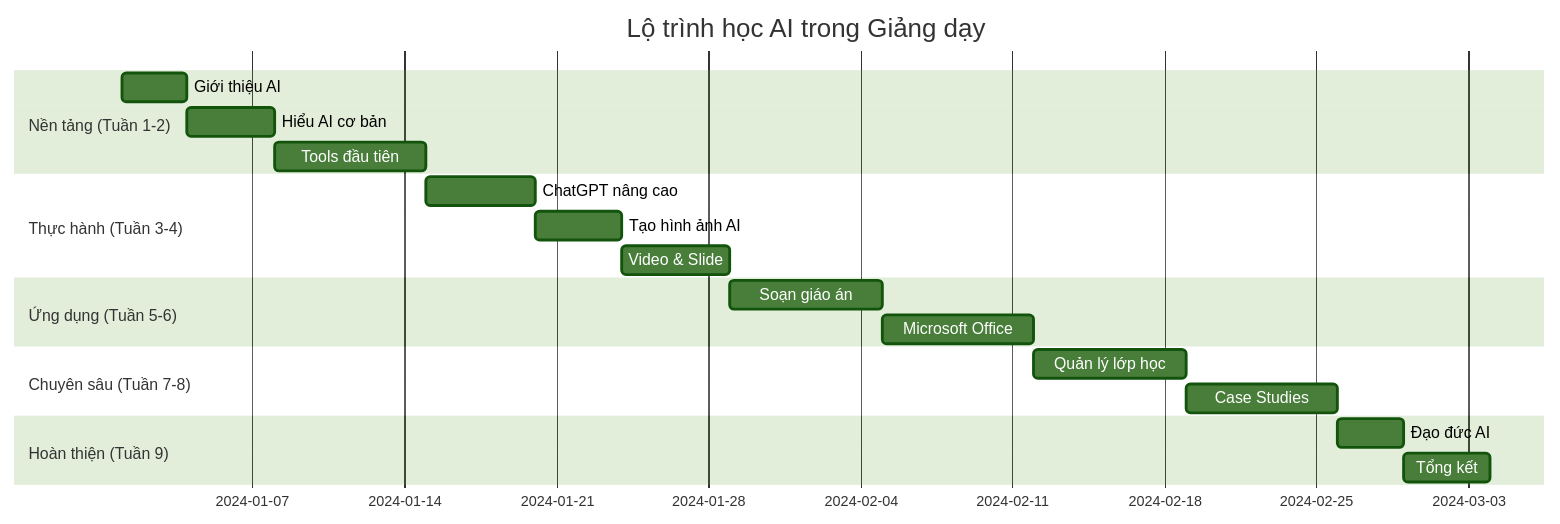
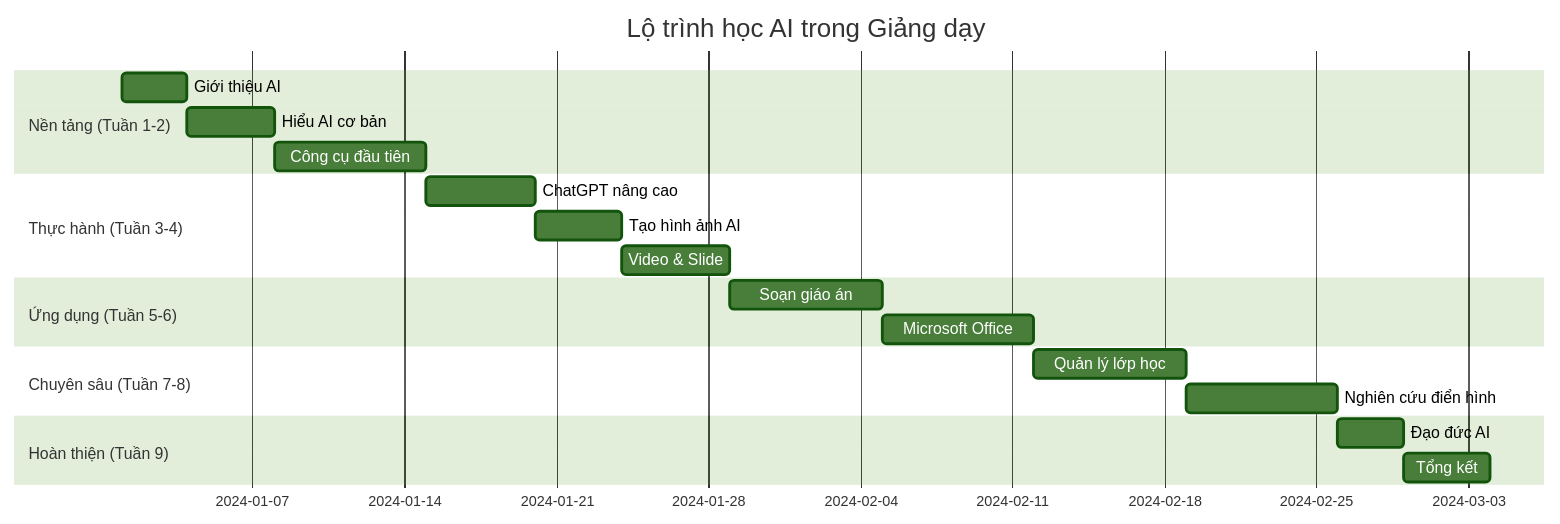
One commit to zukahai/ai-teaching changed the diagram in docs/introduction/intro.md. Above: the diagram before and after it, drawn with Mermaid (forest theme). The commit also changed other lines of this file and 4 other files, not shown here.

````diff
--- a/docs/introduction/intro.md
+++ b/docs/introduction/intro.md
@@ -65,27 +65,27 @@
 ```mermaid
 gantt
     title Lộ trình học AI trong Giảng dạy
     dateFormat YYYY-MM-DD
     
     section Nền tảng (Tuần 1-2)
     Giới thiệu AI        :foundation1, 2024-01-01, 3d
     Hiểu AI cơ bản       :foundation2, after foundation1, 4d
-    Tools đầu tiên       :foundation3, after foundation2, 7d
+    Công cụ đầu tiên       :foundation3, after foundation2, 7d
     
     section Thực hành (Tuần 3-4)
     ChatGPT nâng cao     :practice1, after foundation3, 5d
     Tạo hình ảnh AI      :practice2, after practice1, 4d
     Video & Slide        :practice3, after practice2, 5d
     
     section Ứng dụng (Tuần 5-6)
     Soạn giáo án        :apply1, after practice3, 7d
     Microsoft Office     :apply2, after apply1, 7d
     
     section Chuyên sâu (Tuần 7-8)
     Quản lý lớp học     :advanced1, after apply2, 7d
-    Case Studies        :advanced2, after advanced1, 7d
+    Nghiên cứu điển hình        :advanced2, after advanced1, 7d
     
     section Hoàn thiện (Tuần 9)
     Đạo đức AI          :final1, after advanced2, 3d
     Tổng kết           :final2, after final1, 4d
 ```
````
